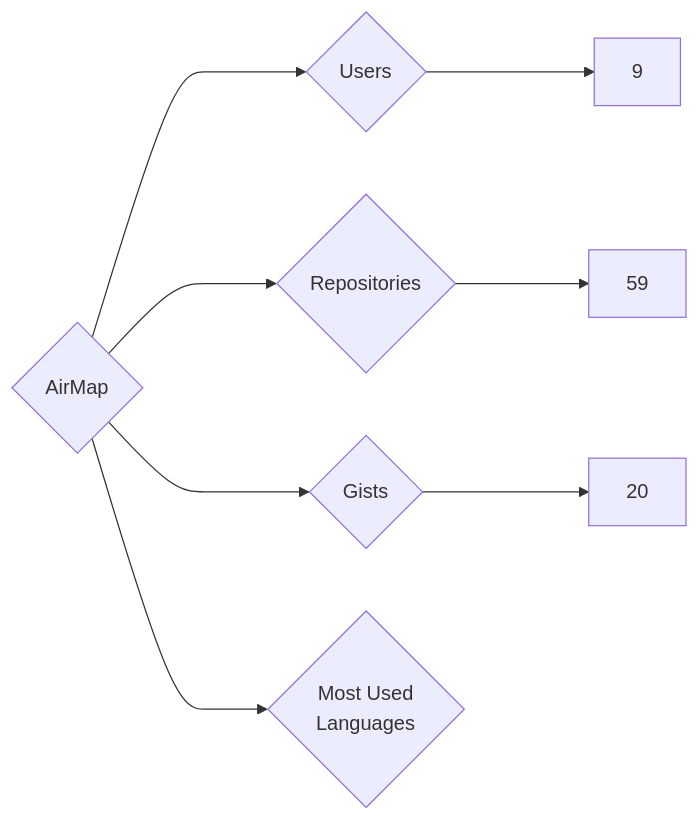
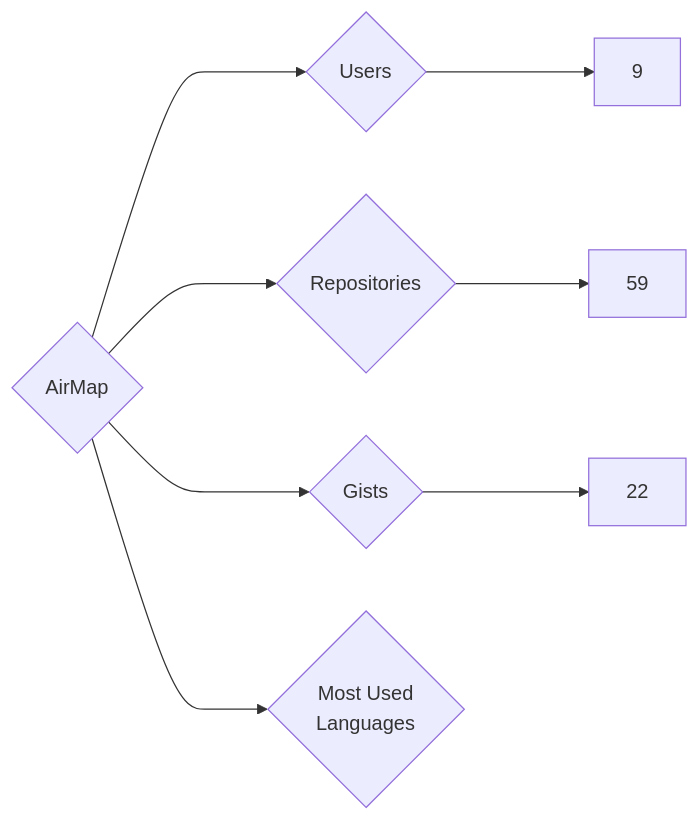
The diagram in targets/AirMap/README.md (nenadzaric/insiders), drawn with Mermaid before and after one commit. The commit also changed 1342 other files, not shown here.

````diff
--- a/targets/AirMap/README.md
+++ b/targets/AirMap/README.md
@@ -3,8 +3,8 @@
 ```mermaid
 graph LR
 COMPANY_NAME{AirMap}
 COMPANY_NAME ---> U{Users} ---> UN[9]
 COMPANY_NAME ---> R{Repositories} ---> RN[59]
-COMPANY_NAME ---> G{Gists} ---> GN[20]
+COMPANY_NAME ---> G{Gists} ---> GN[22]
 COMPANY_NAME ---> ML{Most Used<br>Languages}
 ```
````
